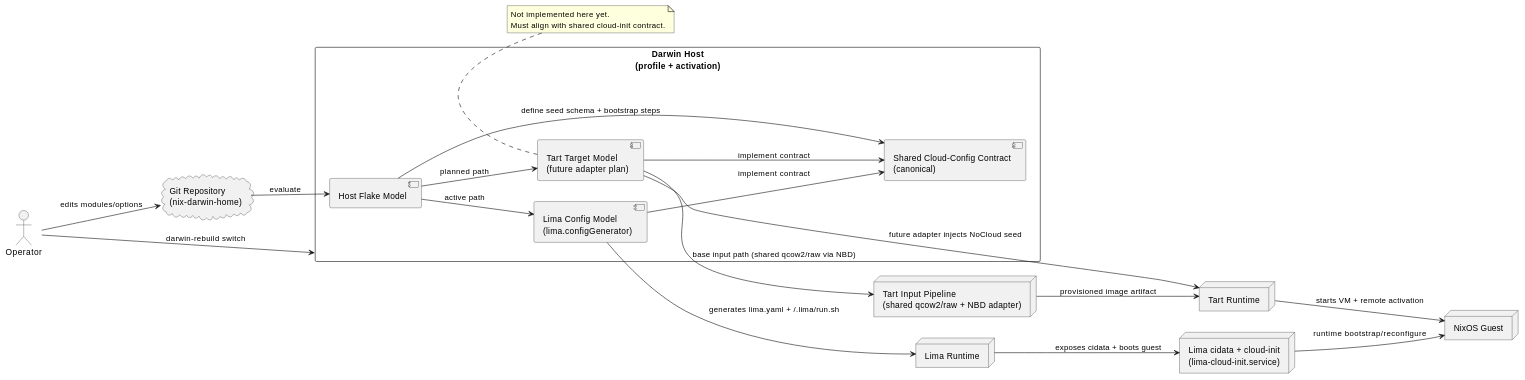
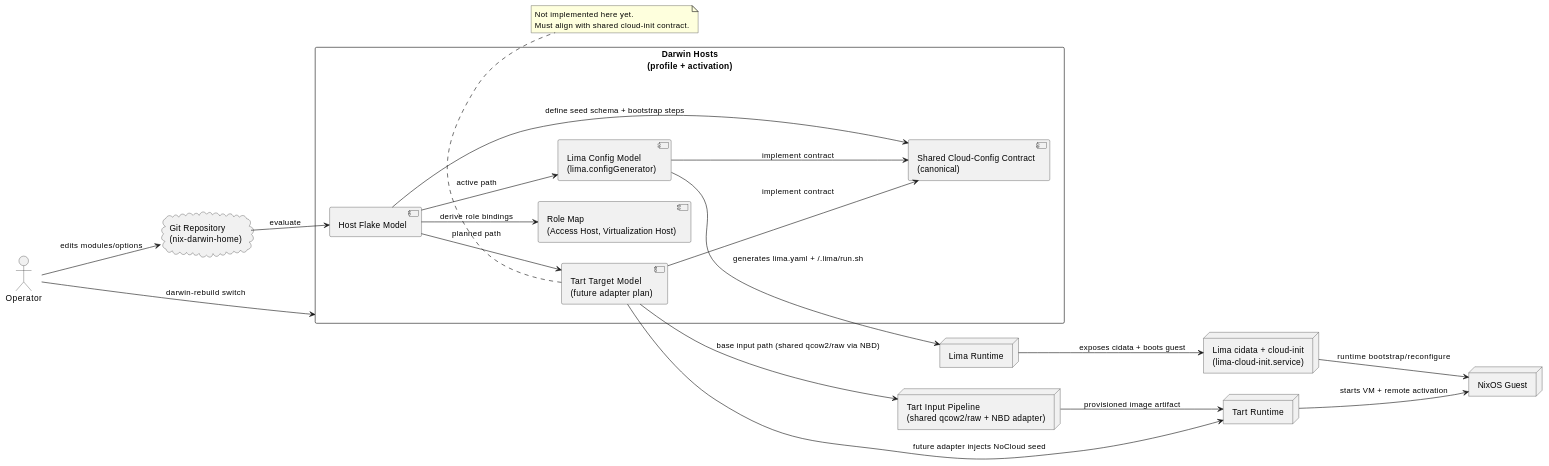
The first of 3 diagrams in docs/vm-configuration-models-c4.adoc (seedmatic/ndh), drawn with PlantUML before and after one commit. The commit also changed other lines of this file and 1 other file, not shown here.

Commit message:
docs(c4): add host-role taxonomy and access-host env naming @codebase @copilot

```diff
--- a/docs/vm-configuration-models-c4.adoc
+++ b/docs/vm-configuration-models-c4.adoc
@@ -243,47 +258,49 @@
 [plantuml]
 ----
 @startuml
 ' @codebase
 left to right direction
 
 actor "Operator" as operator
 cloud "Git Repository\n(nix-darwin-home)" as repo
 
-rectangle "Darwin Host\n(profile + activation)" as host {
+rectangle "Darwin Hosts\n(profile + activation)" as host {
   [Host Flake Model] as flakeModel
+  [Role Map\n(Access Host, Virtualization Host)] as roleMap
   [Shared Cloud-Config Contract\n(canonical)] as sharedContract
   [Lima Config Model\n(lima.configGenerator)] as limaModel
   [Tart Target Model\n(future adapter plan)] as tartModel
 }
 
 node "Lima Runtime" as limaRuntime
 node "Lima cidata + cloud-init\n(lima-cloud-init.service)" as limaCloudInit
 node "Tart Runtime" as tartRuntime
 node "Tart Input Pipeline\n(shared qcow2/raw + NBD adapter)" as tartFactory
 node "NixOS Guest" as nixosGuest
 
 operator --> repo : edits modules/options
 operator --> host : darwin-rebuild switch
 repo --> flakeModel : evaluate
+flakeModel --> roleMap : derive role bindings
 flakeModel --> sharedContract : define seed schema + bootstrap steps
 flakeModel --> limaModel : active path
 flakeModel --> tartModel : planned path
 
 limaModel --> sharedContract : implement contract
 tartModel --> sharedContract : implement contract
 
 limaModel --> limaRuntime : generates lima.yaml + ~/.lima/run.sh
 limaRuntime --> limaCloudInit : exposes cidata + boots guest
 limaCloudInit --> nixosGuest : runtime bootstrap/reconfigure
 
 tartModel --> tartFactory : base input path (shared qcow2/raw via NBD)
 tartFactory --> tartRuntime : provisioned image artifact
 tartModel --> tartRuntime : future adapter injects NoCloud seed
 tartRuntime --> nixosGuest : starts VM + remote activation
 
 note bottom of tartModel
   Not implemented here yet.
   Must align with shared cloud-init contract.
 end note
 @enduml
 ----
```
